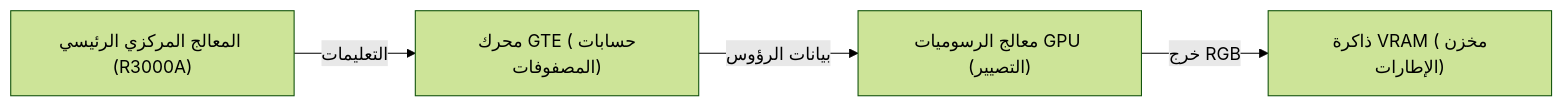
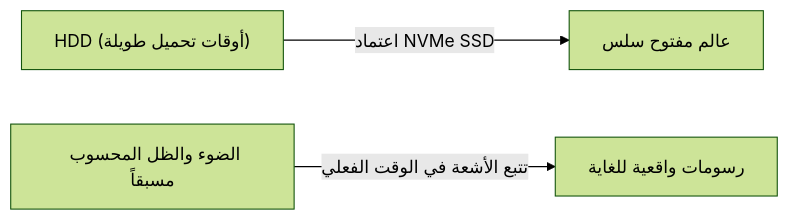
Before and after one commit to kenjinote/blog: the second of 2 diagrams in content/post/history-of-video-game-consoles/index.ar.md, drawn with Mermaid (forest theme). The commit also changed other lines of this file and 129 other files, not shown here.

````diff
--- a/content/post/history-of-video-game-consoles/index.ar.md
+++ b/content/post/history-of-video-game-consoles/index.ar.md
@@ -79,6 +61,5 @@
 ```mermaid
 graph LR
-    CPU["المعالج المركزي الرئيسي (R3000A)"] -- "التعليمات" --> GTE["محرك GTE (حسابات المصفوفات)"]
-    GTE -- "بيانات الرؤوس" --> GPU["معالج الرسوميات GPU (التصيير)"]
-    GPU -- "خرج RGB" --> VRAM["ذاكرة VRAM (مخزن الإطارات)"]
+  A["HDD (أوقات تحميل طويلة)"] -- "اعتماد NVMe SSD" --> B["عالم مفتوح سلس"]
+  C["الضوء والظل المحسوب مسبقاً"] -- "تتبع الأشعة في الوقت الفعلي" --> D["رسومات واقعية للغاية"]
 ```
````
